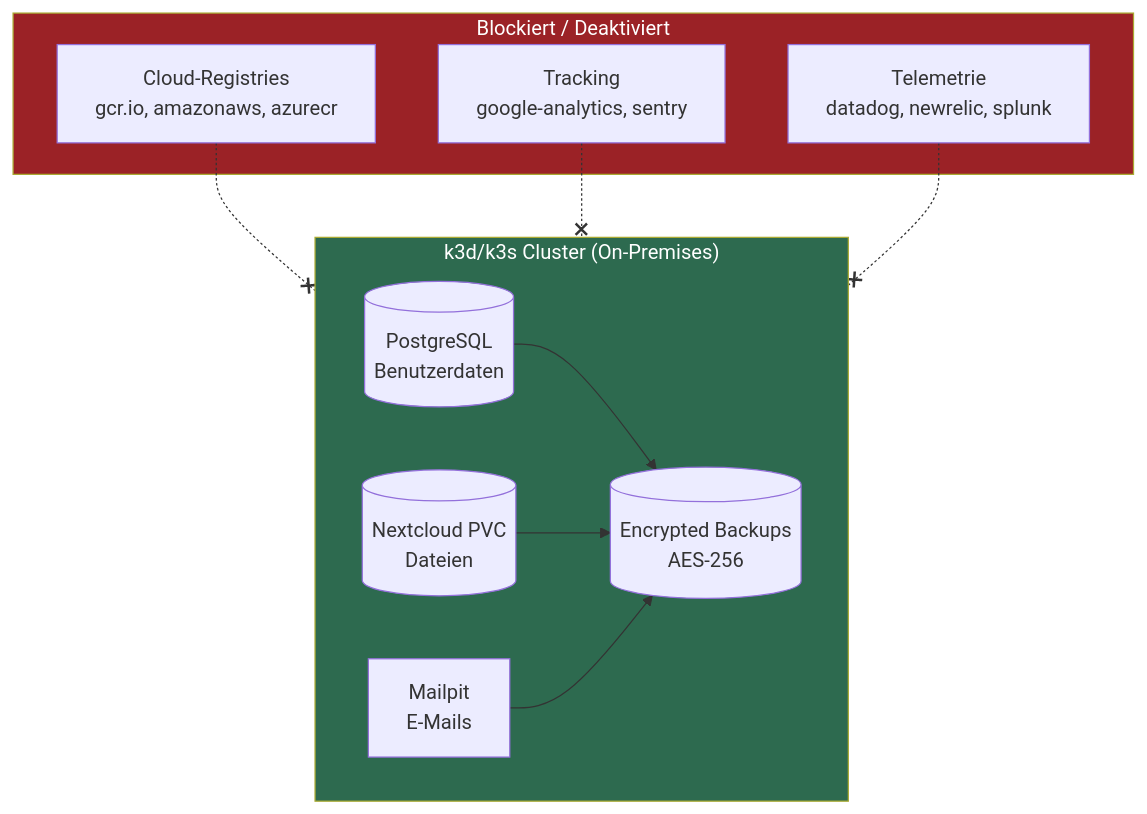
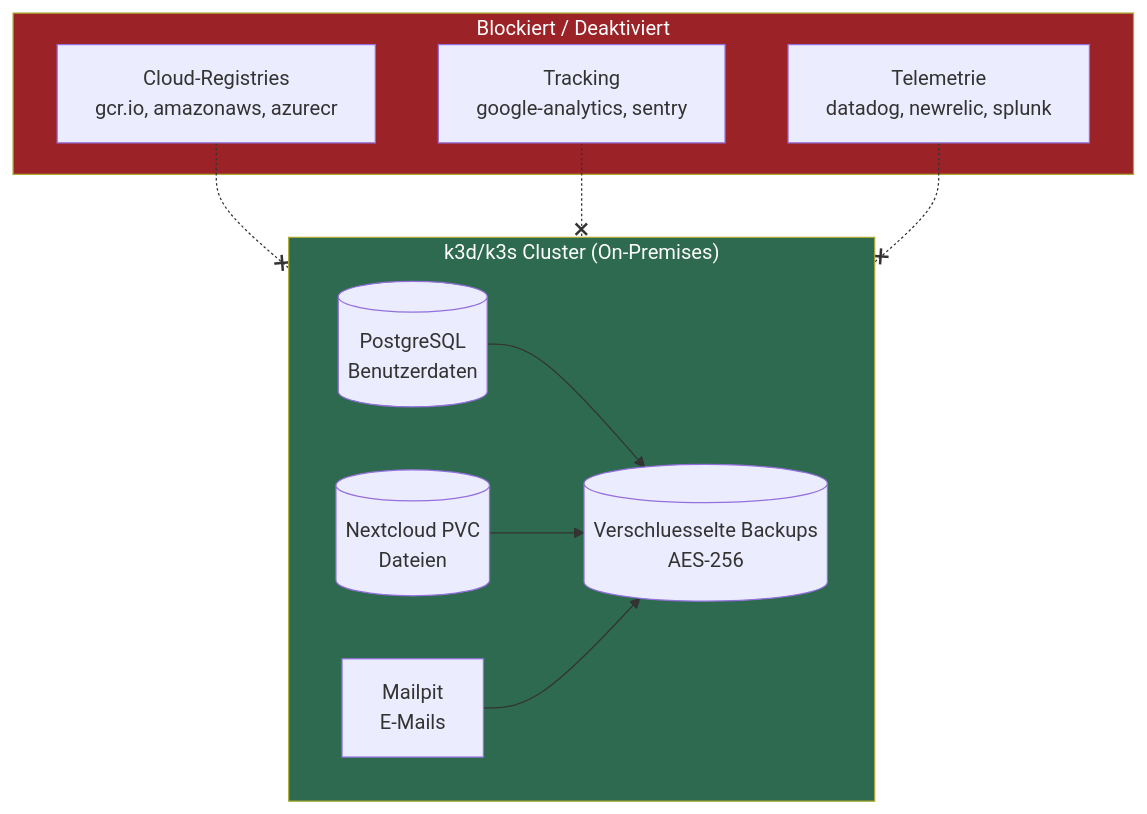
Before and after one commit to Paddione/Bachelorprojekt: the first of 2 diagrams in docs/security.md, drawn with Mermaid. The commit also changed 19 other files, not shown here.

````diff
--- a/docs/security.md
+++ b/docs/security.md
@@ -7,23 +7,23 @@
 ```mermaid
 flowchart TB
     subgraph Cluster ["k3d/k3s Cluster (On-Premises)"]
         DB[(PostgreSQL<br/>Benutzerdaten)]
         FILES[(Nextcloud PVC<br/>Dateien)]
         MAIL[Mailpit<br/>E-Mails]
-        BACKUP[(Encrypted Backups<br/>AES-256)]
+        BACKUP[(Verschluesselte Backups<br/>AES-256)]
     end
 
     subgraph Blocked ["Blockiert / Deaktiviert"]
         CLOUD[Cloud-Registries<br/>gcr.io, amazonaws, azurecr]
         TRACK[Tracking<br/>google-analytics, sentry]
         TELE[Telemetrie<br/>datadog, newrelic, splunk]
     end
 
     DB & FILES & MAIL --> BACKUP
     CLOUD -.-x Cluster
     TRACK -.-x Cluster
     TELE -.-x Cluster
 
     style Blocked fill:#9b2226,color:#fff
     style Cluster fill:#2d6a4f,color:#fff
 ```
````
